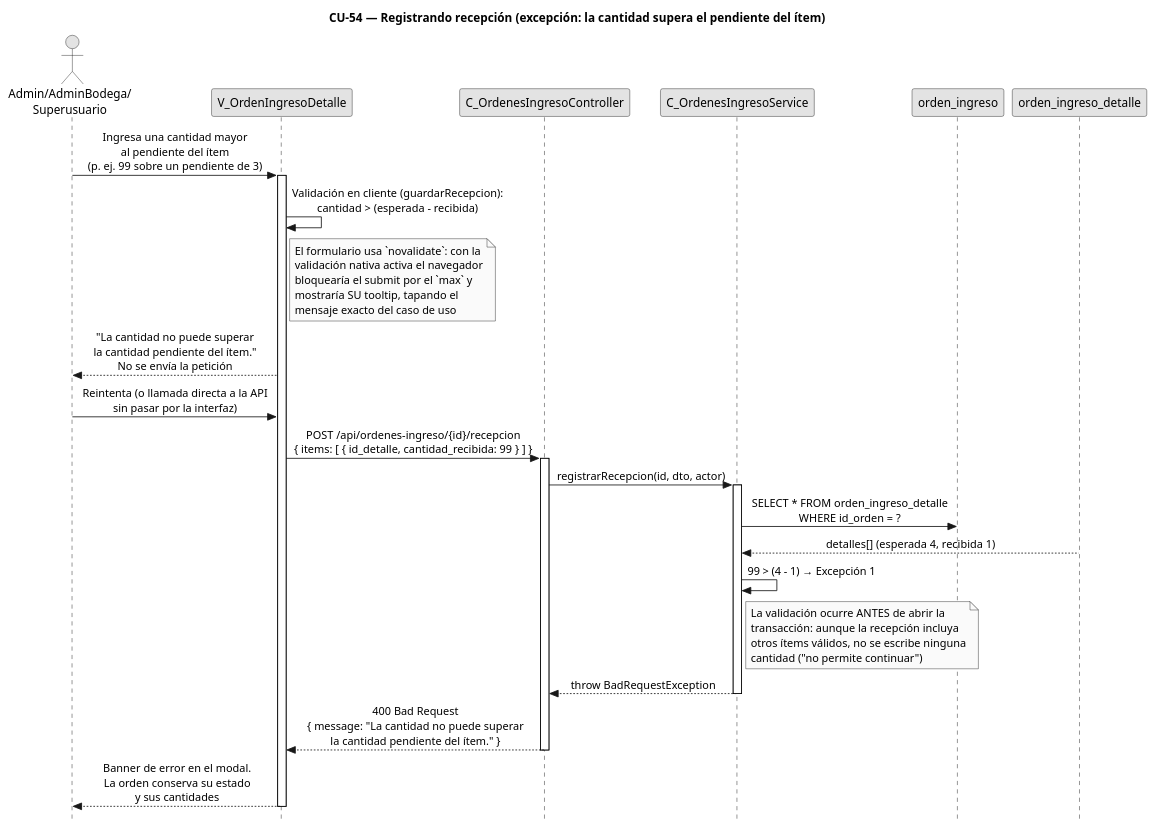
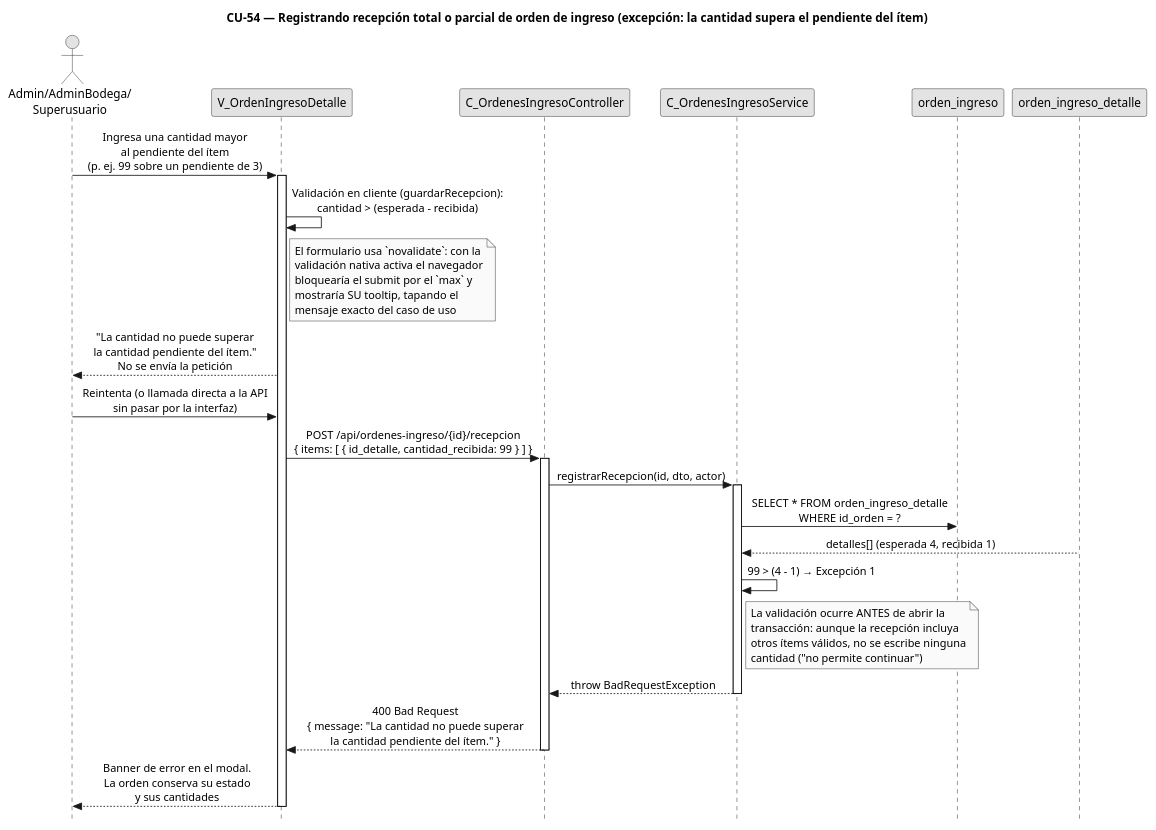
The diagram in diagramas/diagramas-secuencia/CU54/CU54-exc-cantidad-excede-pendiente.puml (FSM-Finet-y-Cable-Magico/Team_1-Inventario-y-Bodega), drawn with PlantUML before and after one commit. The commit also changed 23 other files, not shown here.

Commit message:
docs(diagramas): agrega el nombre oficial del CU a los títulos de CU-52/54/55/56/58/59/60/62/78/84 (formato incremento 1) y re-render

```diff
--- a/diagramas/diagramas-secuencia/CU54/CU54-exc-cantidad-excede-pendiente.puml
+++ b/diagramas/diagramas-secuencia/CU54/CU54-exc-cantidad-excede-pendiente.puml
@@ -1,75 +1,75 @@
 @startuml CU54-RecepcionOrdenIngreso-Exc-CantidadExcedePendiente
-title CU-54 — Registrando recepción (excepción: la cantidad supera el pendiente del ítem)
+title CU-54 — Registrando recepción total o parcial de orden de ingreso (excepción: la cantidad supera el pendiente del ítem)
 
 skinparam style strictuml
 skinparam monochrome true
 skinparam shadowing false
 skinparam sequenceMessageAlign center
 <style>
 sequenceDiagram {
   participant {
     margin 35
   }
   actor {
     margin 15
   }
 }
 </style>
 skinparam sequence {
   MessageAlign center
   LifeLineBorderColor black
 }
 hide footbox
 
 actor "Admin/AdminBodega/\nSuperusuario" as user
 participant "V_OrdenIngresoDetalle" as view
 participant "C_OrdenesIngresoController" as ctrl
 participant "C_OrdenesIngresoService" as svc
 participant "orden_ingreso" as oing
 participant "orden_ingreso_detalle" as odet
 
 user -> view : Ingresa una cantidad mayor\nal pendiente del ítem\n(p. ej. 99 sobre un pendiente de 3)
 activate view
 
 view -> view : Validación en cliente (guardarRecepcion):\ncantidad > (esperada - recibida)
 
 note right of view
   El formulario usa `novalidate`: con la
   validación nativa activa el navegador
   bloquearía el submit por el `max` y
   mostraría SU tooltip, tapando el
   mensaje exacto del caso de uso
 end note
 
 view --> user : "La cantidad no puede superar\nla cantidad pendiente del ítem."\nNo se envía la petición
 
 user -> view : Reintenta (o llamada directa a la API\nsin pasar por la interfaz)
 
 view -> ctrl : POST /api/ordenes-ingreso/{id}/recepcion\n{ items: [ { id_detalle, cantidad_recibida: 99 } ] }
 activate ctrl
 
 ctrl -> svc : registrarRecepcion(id, dto, actor)
 activate svc
 
 svc -> oing : SELECT * FROM orden_ingreso_detalle\nWHERE id_orden = ?
 odet --> svc : detalles[] (esperada 4, recibida 1)
 
 svc -> svc : 99 > (4 - 1) → Excepción 1
 
 note right of svc
   La validación ocurre ANTES de abrir la
   transacción: aunque la recepción incluya
   otros ítems válidos, no se escribe ninguna
   cantidad ("no permite continuar")
 end note
 
 svc --> ctrl : throw BadRequestException
 deactivate svc
 
 ctrl --> view : 400 Bad Request\n{ message: "La cantidad no puede superar\nla cantidad pendiente del ítem." }
 deactivate ctrl
 
 view --> user : Banner de error en el modal.\nLa orden conserva su estado\ny sus cantidades
 deactivate view
 
 @enduml
```
